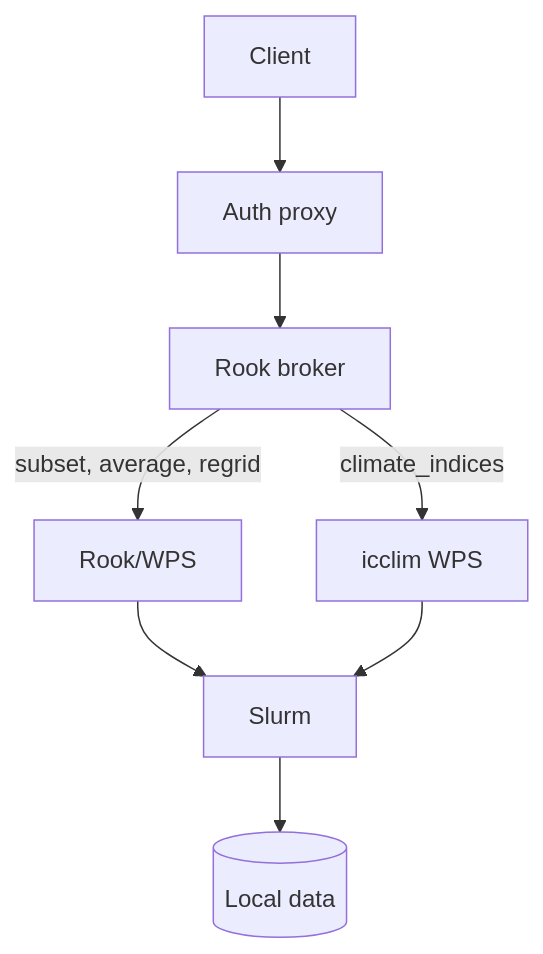
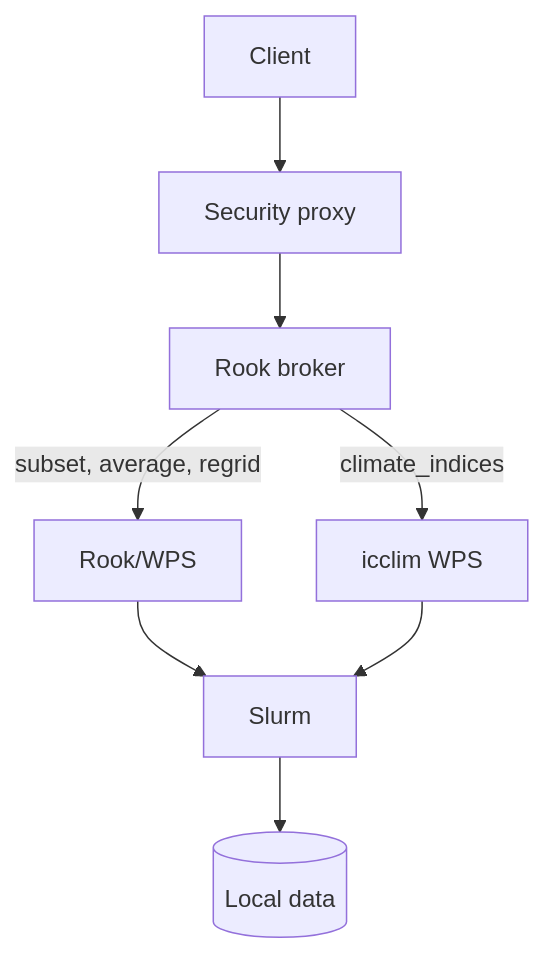
The ninth of 10 diagrams in Rook_WPS_ESGF2_talk_draft.md (roocs/rook), drawn with Mermaid before and after one commit. The commit also changed other lines of this file, not shown here.

````diff
--- a/Rook_WPS_ESGF2_talk_draft.md
+++ b/Rook_WPS_ESGF2_talk_draft.md
@@ -290,12 +293,10 @@
 ```mermaid
 flowchart TD
-    Client["Client"] --> Proxy["Auth proxy"]
+    Client["Client"] --> Proxy["Security proxy"]
     Proxy --> Broker["Rook broker"]
-
     Broker -->|"subset, average, regrid"| Rook["Rook/WPS"]
     Broker -->|"climate_indices"| ICCLIM["icclim WPS"]
-
     Rook --> Slurm["Slurm"]
     ICCLIM --> Slurm
     Slurm --> Data[("Local data")]
 ```
````
